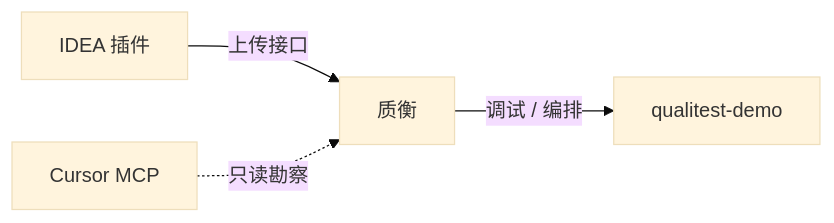
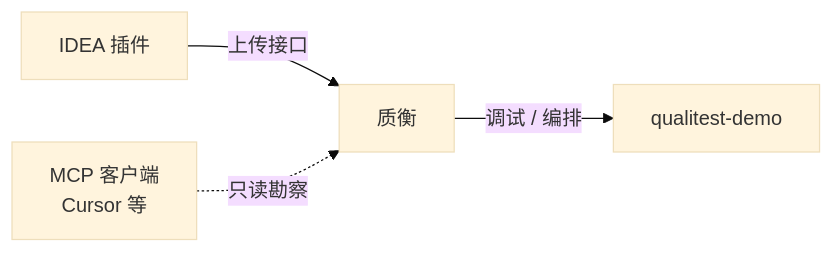
One commit to qualitest-hq/qualitest changed the third of 3 diagrams in README.md. Above: the diagram before and after it, drawn with Mermaid (base theme). The commit also changed other lines of this file and 6 other files, not shown here.

````diff
--- a/README.md
+++ b/README.md
@@ -310,6 +310,6 @@
 ```mermaid
 flowchart LR
     Plugin["IDEA 插件"] -->|上传接口| Platform["质衡"]
     Platform -->|调试 / 编排| Demo["qualitest-demo"]
-    Cursor["Cursor MCP"] -.->|只读勘察| Platform
+    McpClient["MCP 客户端<br/>Cursor 等"] -.->|只读勘察| Platform
 ```
````
